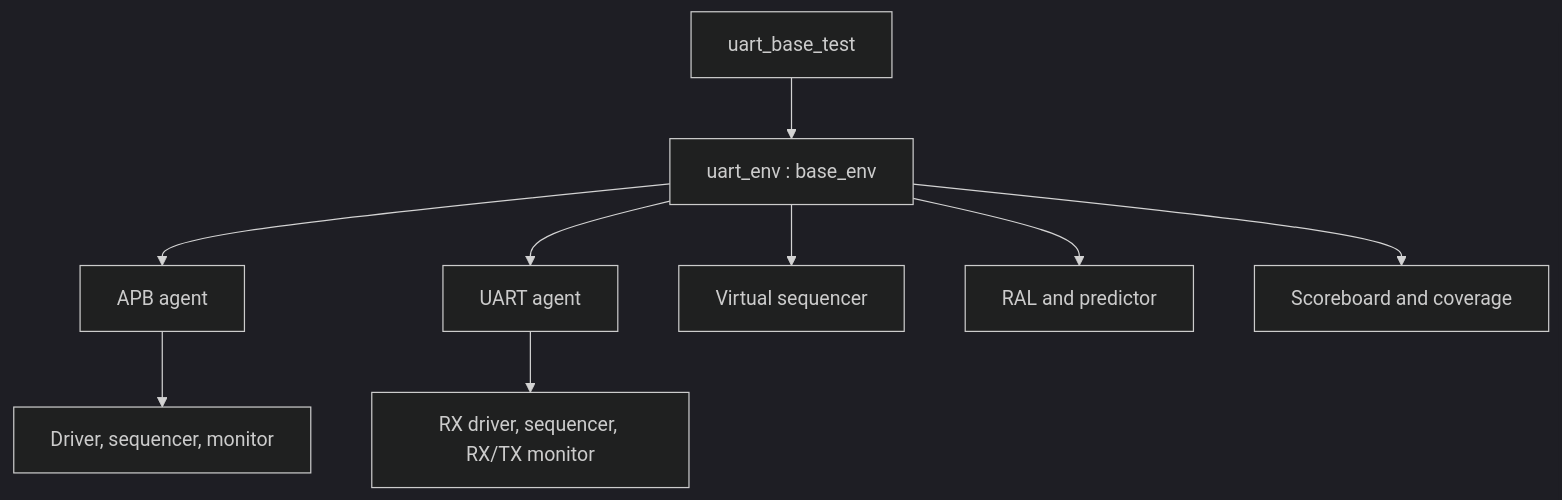
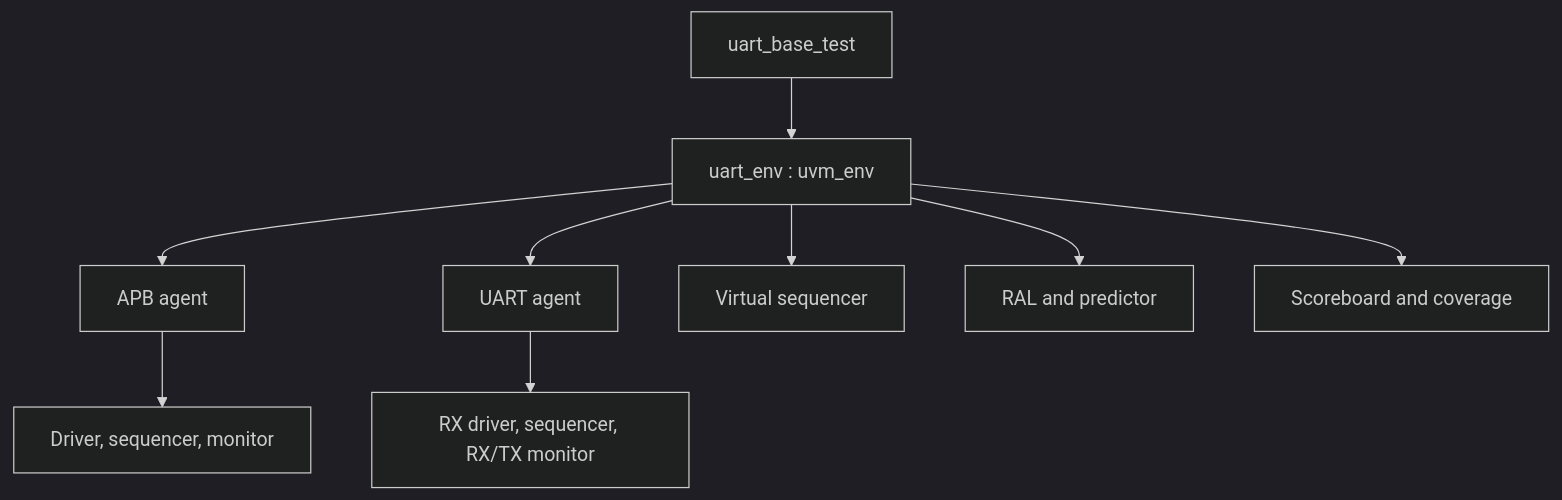
One commit to saad-anees/UART-Verif changed the diagram in docs/01_learning_guide.md. Above: the diagram before and after it, drawn with Mermaid (dark theme). The commit also changed other lines of this file and 4 other files, not shown here.

````diff
--- a/docs/01_learning_guide.md
+++ b/docs/01_learning_guide.md
@@ -22,11 +23,11 @@
 ```mermaid
 flowchart TD
-  T["uart_base_test"] --> E["uart_env : base_env"]
+  T["uart_base_test"] --> E["uart_env : uvm_env"]
   E --> B["APB agent"]
   E --> S["UART agent"]
   E --> V["Virtual sequencer"]
   E --> R["RAL and predictor"]
   E --> C["Scoreboard and coverage"]
   B --> BD["Driver, sequencer, monitor"]
   S --> SD["RX driver, sequencer, RX/TX monitor"]
 ```
````
